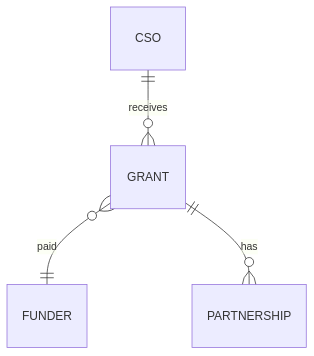
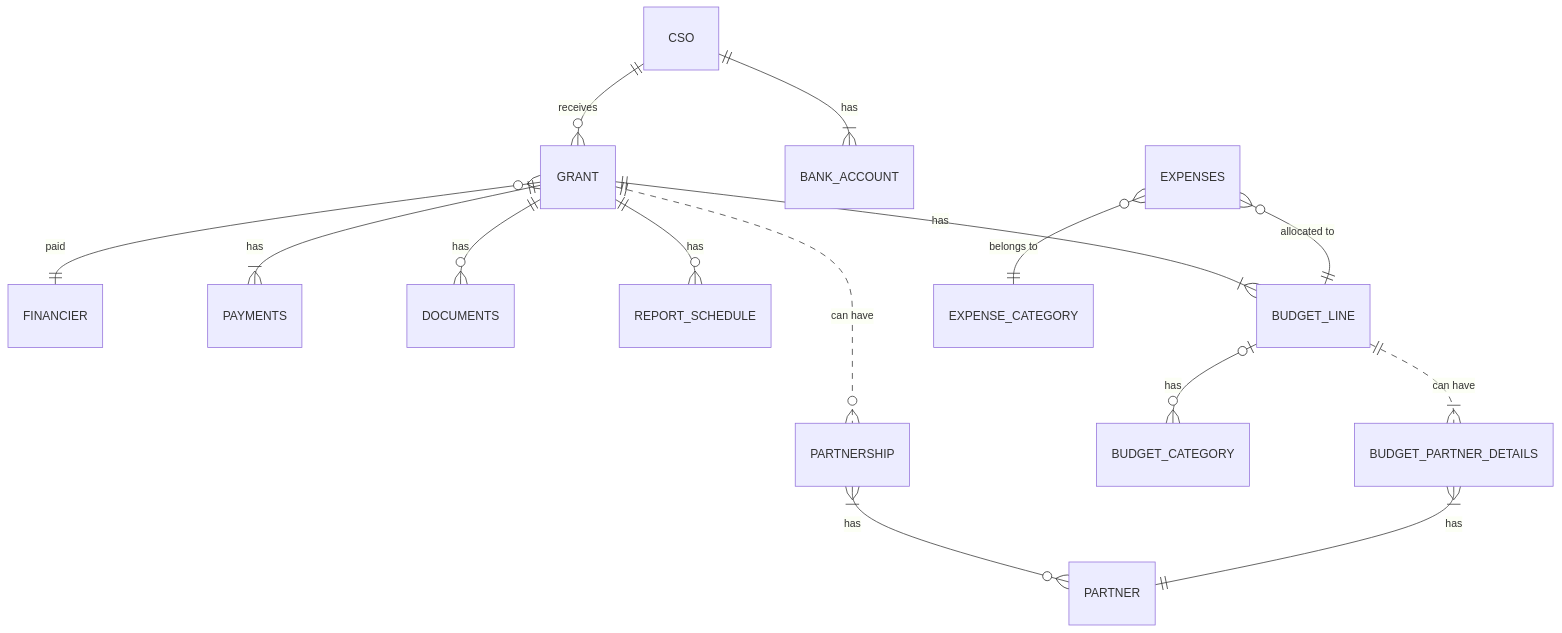
Before and after one commit to code4romania/alex-api: the first of 2 diagrams in docs/er.diagram.md, drawn with Mermaid. The commit also changed other lines of this file, not shown here.

````diff
--- a/docs/er.diagram.md
+++ b/docs/er.diagram.md
@@ -3,7 +3,26 @@
 ```mermaid
 erDiagram
+    CSO ||--o{ GRANT : receives
+    CSO ||--|{ BANK_ACCOUNT : has
+    
+    
 
-    CSO ||--o{ GRANT : receives
-    GRANT }o--|| FUNDER : paid
-    GRANT ||--o{ PARTNERSHIP : has
+    GRANT }o--|| FINANCIER : paid
+    GRANT ||..o{ PARTNERSHIP : "can have"
+    GRANT ||--|{ PAYMENTS : has
+    GRANT ||--o{ DOCUMENTS : has
+    GRANT ||--o{ REPORT_SCHEDULE : has
+    GRANT ||--|{ BUDGET_LINE : has
+    
+
+    BUDGET_LINE |o--o{ BUDGET_CATEGORY : has
+    BUDGET_LINE ||..|{ BUDGET_PARTNER_DETAILS : "can have"
+
+    EXPENSES }o--|| EXPENSE_CATEGORY : "belongs to"
+    EXPENSES }o--|| BUDGET_LINE : "allocated to"
+
+    PARTNERSHIP }|--o{ PARTNER : has
+    BUDGET_PARTNER_DETAILS }|--|| PARTNER : has
+    
+
 ```
````
